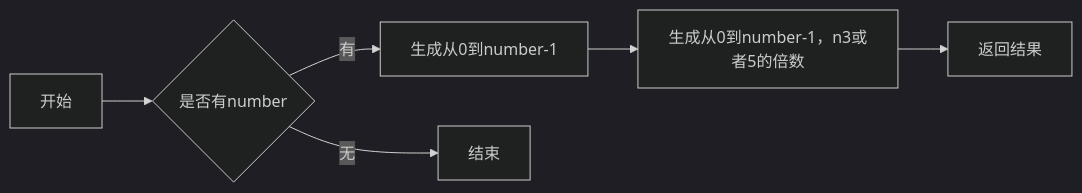
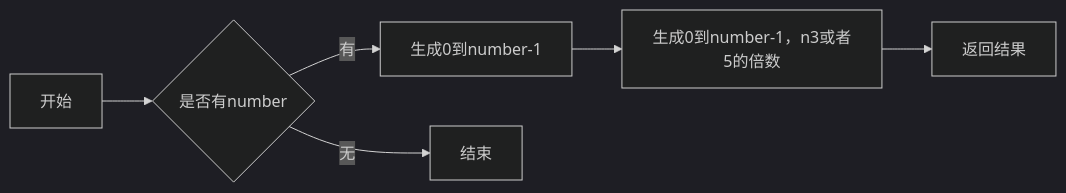
One commit to shixiaoxiya/py_course_zly_ changed the second of 6 diagrams in Experiments/experiment3.md. Above: the diagram before and after it, drawn with Mermaid (dark theme).

````diff
--- a/Experiments/experiment3.md
+++ b/Experiments/experiment3.md
@@ -1255,8 +1255,8 @@
 ```mermaid
 graph LR
 A[开始] --> B{是否有number}
-B --> |有| C[生成从0到number-1]
-C --> D[生成从0到number-1，n3或者5的倍数]
+B --> |有| C[生成0到number-1]
+C --> D[生成0到number-1，n3或者5的倍数]
 D --> E[返回结果]
 B --> |无| F[结束]
 ```
````
